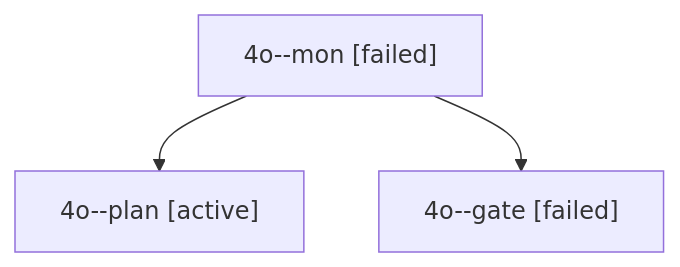
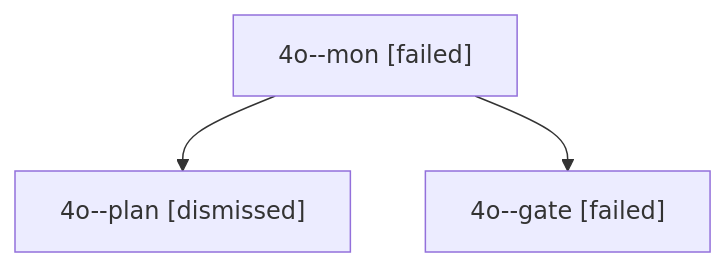
Before and after one commit to bobs-org/bob-cli--agents: the diagram in sessions/bbugyi200.apollo.4o.md, drawn with Mermaid. The commit also changed other lines of this file and 33 other files, not shown here.

````diff
--- a/sessions/bbugyi200.apollo.4o.md
+++ b/sessions/bbugyi200.apollo.4o.md
@@ -9,8 +9,8 @@
 ```mermaid
 flowchart TD
   n0["4o--mon [failed]"]
-  n1["4o--plan [active]"]
+  n1["4o--plan [dismissed]"]
   n0 --> n1
   n2["4o--gate [failed]"]
   n0 --> n2
 ```
````
